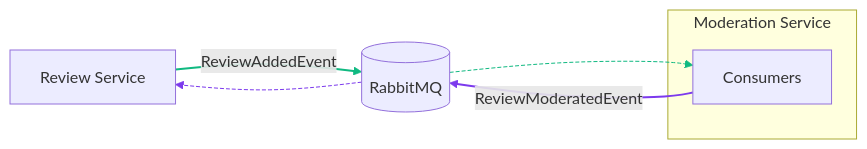
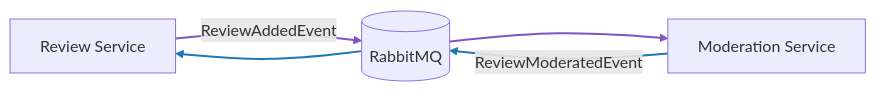
One commit to bagermoon/otuscode changed the diagram in docs/services/ModerationService.md. Above: the diagram before and after it, drawn with Mermaid. The commit also changed other lines of this file and 9 other files, not shown here.

Commit message:
docs(services): update service documentation and diagrams

````diff
--- a/docs/services/ModerationService.md
+++ b/docs/services/ModerationService.md
@@ -86,26 +22,16 @@
 ```mermaid
 flowchart LR
-    %% Входящие события
-    RV[Review Service] -- ReviewAddedEvent --> MQ[(RabbitMQ)]
+    REV[Review Service]
+    MOD[Moderation Service]
+    MQ[(RabbitMQ)]
 
-    subgraph Moderation_Service[Moderation Service]
-        MS[Consumers]
-    end
-
-    MQ --> MS
-
-    %% Исходящее решение модерации
-    MS -- ReviewModeratedEvent --> MQ
-    MQ --> RV
-    %% Rating reacts indirectly via ReviewApprovedEvent
-
-    %% Подсветка стрелок для визуализации семейств событий
-    %% 0: RV->MQ (события Review)
-    linkStyle 0 stroke:#10b981,stroke-width:2px
-    %% 1: MQ->MS (доставка событий Review)
-    linkStyle 1 stroke:#10b981,stroke-dasharray:4 2
-    %% 2: MS->MQ (события Moderation)
-    linkStyle 2 stroke:#7c3aed,stroke-width:2px
-    %% 3: MQ->RV (доставка событий Moderation)
-    linkStyle 3 stroke:#7c3aed,stroke-dasharray:4 2
+    REV -->|ReviewAddedEvent| MQ
+    MQ --> MOD
+    MOD -->|ReviewModeratedEvent| MQ
+    MQ --> REV
+    
+    linkStyle 0 stroke:#7e57c2,stroke-width:2px
+    linkStyle 1 stroke:#7e57c2,stroke-width:2px
+    linkStyle 2 stroke:#1f77b4,stroke-width:2px
+    linkStyle 3 stroke:#1f77b4,stroke-width:2px
 ```
````
